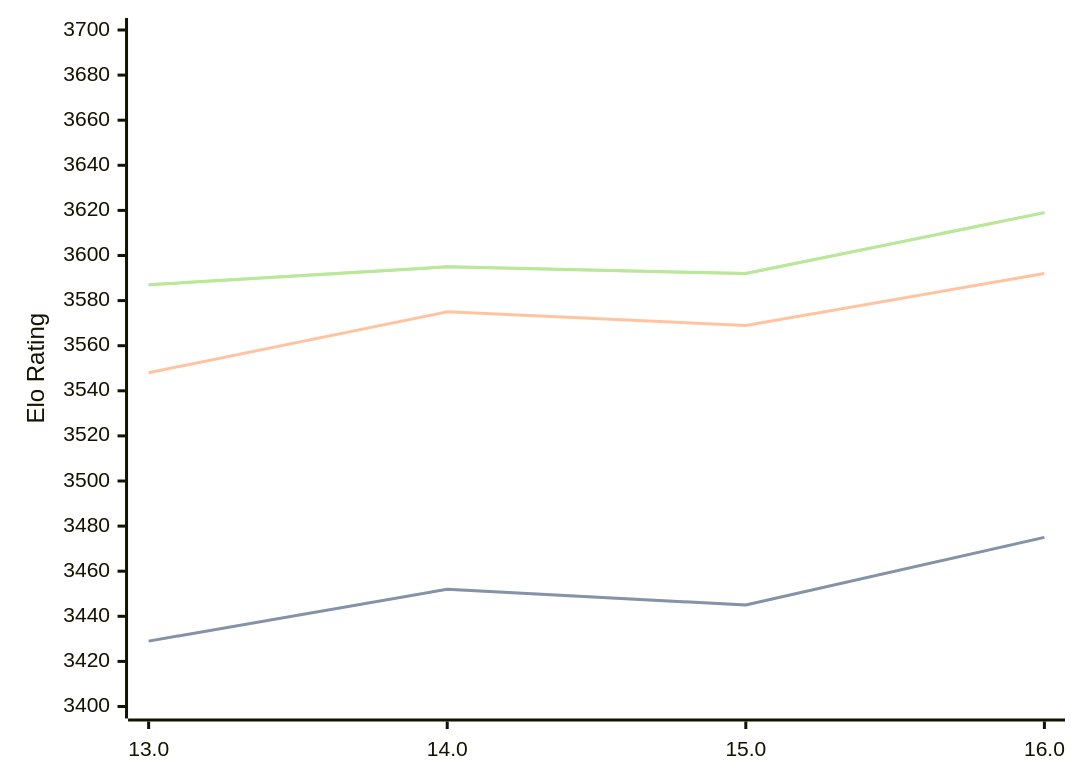
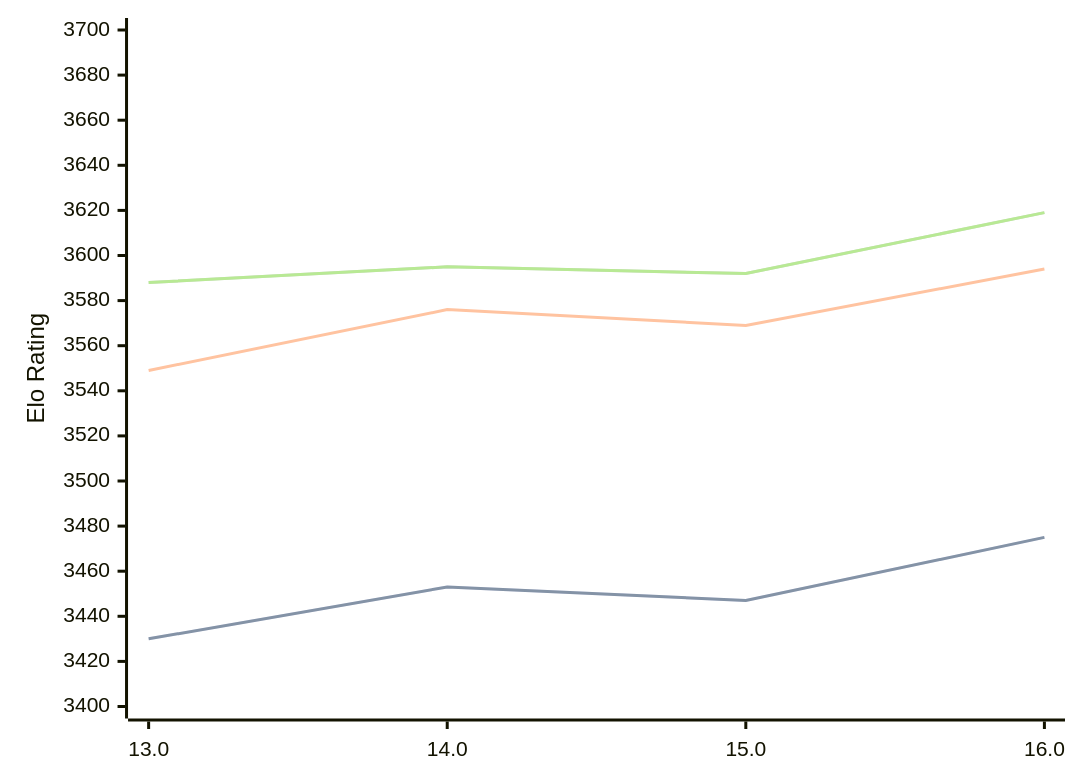
Before and after one commit to computer-chess-index/cci: the diagram in engines/Obsidian.md, drawn with Mermaid. The commit also changed other lines of this file, not shown here.

Commit message:
Update CCI Ratings (ELO VLTC) - 2026-04-22

````diff
--- a/engines/Obsidian.md
+++ b/engines/Obsidian.md
@@ -43,11 +43,11 @@
 ```mermaid
 %%{init: {"theme":"base","themeVariables":{"seriesColors:['#a3a3a3','#222221','#faa371']}}}%%
 xychart-beta
   x-axis ["13.0", "14.0", "15.0", "16.0"]
   y-axis "Elo Rating" 3400 --> 3700
-  line "STC (8.0+0.08s)" [3429, 3452, 3445, 3475]
-  line "STC (8.0+0.08s)" [3429, 3452, 3445, 3475]
-  line "LTC (60.0+0.60s)" [3548, 3575, 3569, 3592]
-  line "VLTC (2m24s+1.12s)" [3587, 3595, 3592, 3619]
-  line "VLTC (2m24s+1.12s)" [3587, 3595, 3592, 3619]
+  line "STC (8.0+0.08s)" [3430, 3453, 3447, 3475]
+  line "STC (8.0+0.08s)" [3430, 3453, 3447, 3475]
+  line "LTC (60.0+0.60s)" [3549, 3576, 3569, 3594]
+  line "VLTC (2m24s+1.12s)" [3588, 3595, 3592, 3619]
+  line "VLTC (2m24s+1.12s)" [3588, 3595, 3592, 3619]
 ```
````
